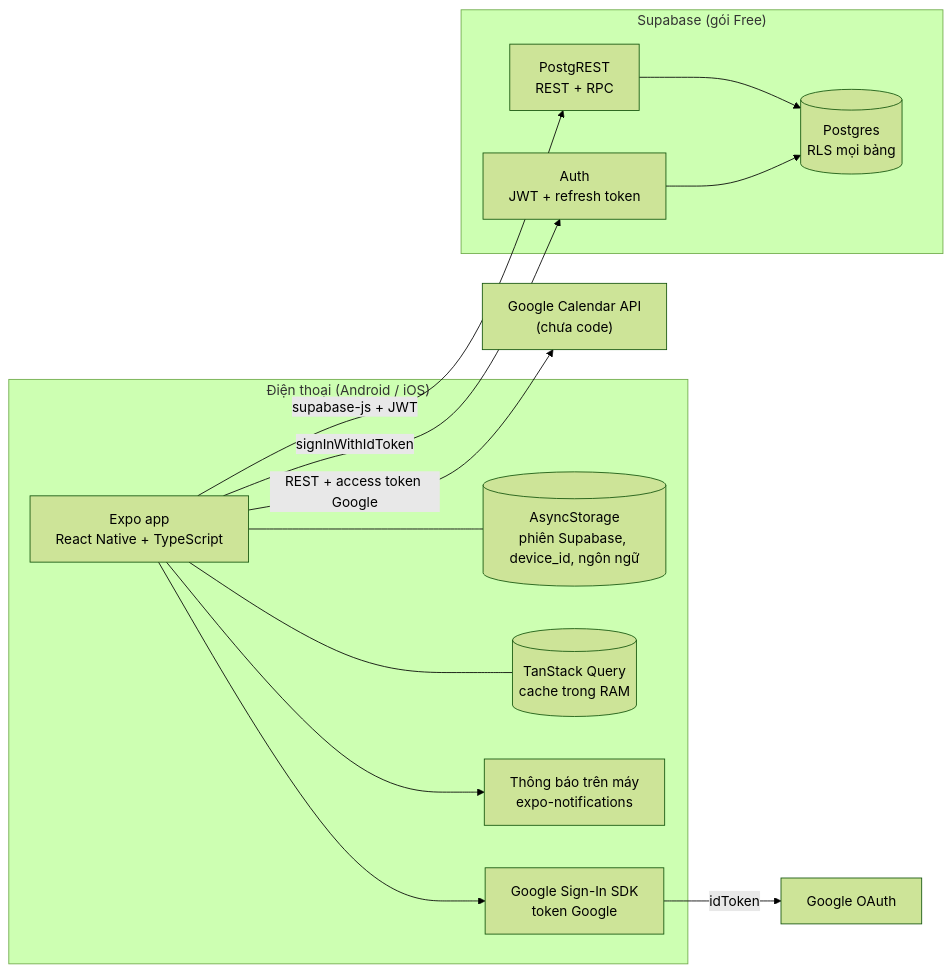
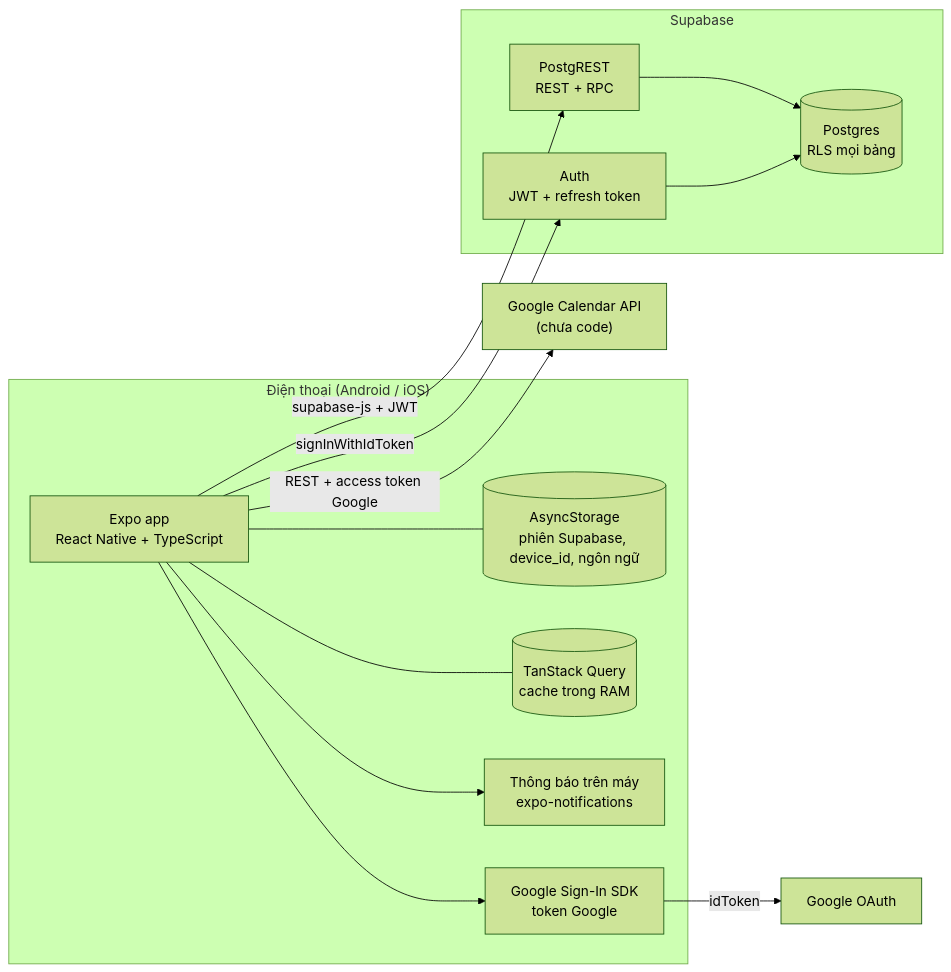
One commit to danhbuidcn/daynest changed the first of 16 diagrams in docs/specs/architecture.md. Above: the diagram before and after it, drawn with Mermaid (forest theme). The commit also changed other lines of this file and 2 other files, not shown here.

Commit message:
docs: explain RLS, add Supabase plans comparison

````diff
--- a/docs/specs/architecture.md
+++ b/docs/specs/architecture.md
@@ -29,30 +29,30 @@
 ```mermaid
 flowchart LR
   subgraph Device["Điện thoại (Android / iOS)"]
     App["Expo app<br/>React Native + TypeScript"]
     AS[("AsyncStorage<br/>phiên Supabase, device_id, ngôn ngữ")]
     Cache[("TanStack Query<br/>cache trong RAM")]
     Notif["Thông báo trên máy<br/>expo-notifications"]
     GSI["Google Sign-In SDK<br/>token Google"]
   end
 
-  subgraph Supabase["Supabase (gói Free)"]
+  subgraph Supabase["Supabase"]
     Auth["Auth<br/>JWT + refresh token"]
     REST["PostgREST<br/>REST + RPC"]
     PG[("Postgres<br/>RLS mọi bảng")]
   end
 
   Google["Google OAuth"]
   GCal["Google Calendar API<br/>(chưa code)"]
 
   App --- AS
   App --- Cache
   App --> Notif
   App --> GSI
   GSI -->|"idToken"| Google
   App -->|"signInWithIdToken"| Auth
   App -->|"supabase-js + JWT"| REST
   REST --> PG
   Auth --> PG
   App -->|"REST + access token Google"| GCal
 ```
````
